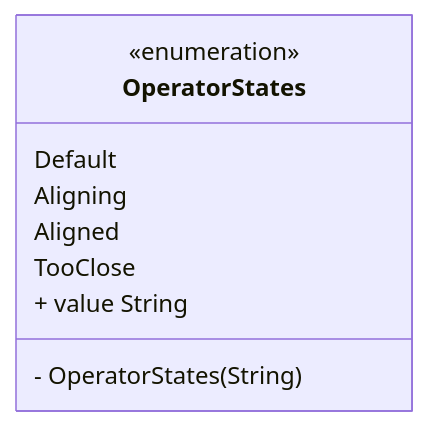
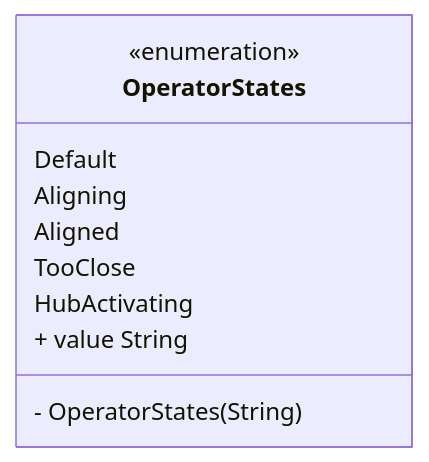
Before and after one commit to LakotaRobotics1038/2026RobotProject: the diagram in src/uml/frc/robot/subsystems/OperatorStates.mmd, drawn with Mermaid. The commit also changed 14 other files, not shown here.

Commit message:
uml updates

```diff
--- a/src/uml/frc/robot/subsystems/OperatorStates.mmd
+++ b/src/uml/frc/robot/subsystems/OperatorStates.mmd
@@ -1,12 +1,13 @@
 classDiagram
   direction LR
 
   class OperatorStates {
     <<enumeration>>
     Default
     Aligning
     Aligned
     TooClose
+    HubActivating
     + value String
     - OperatorStates(String)
   }
```
